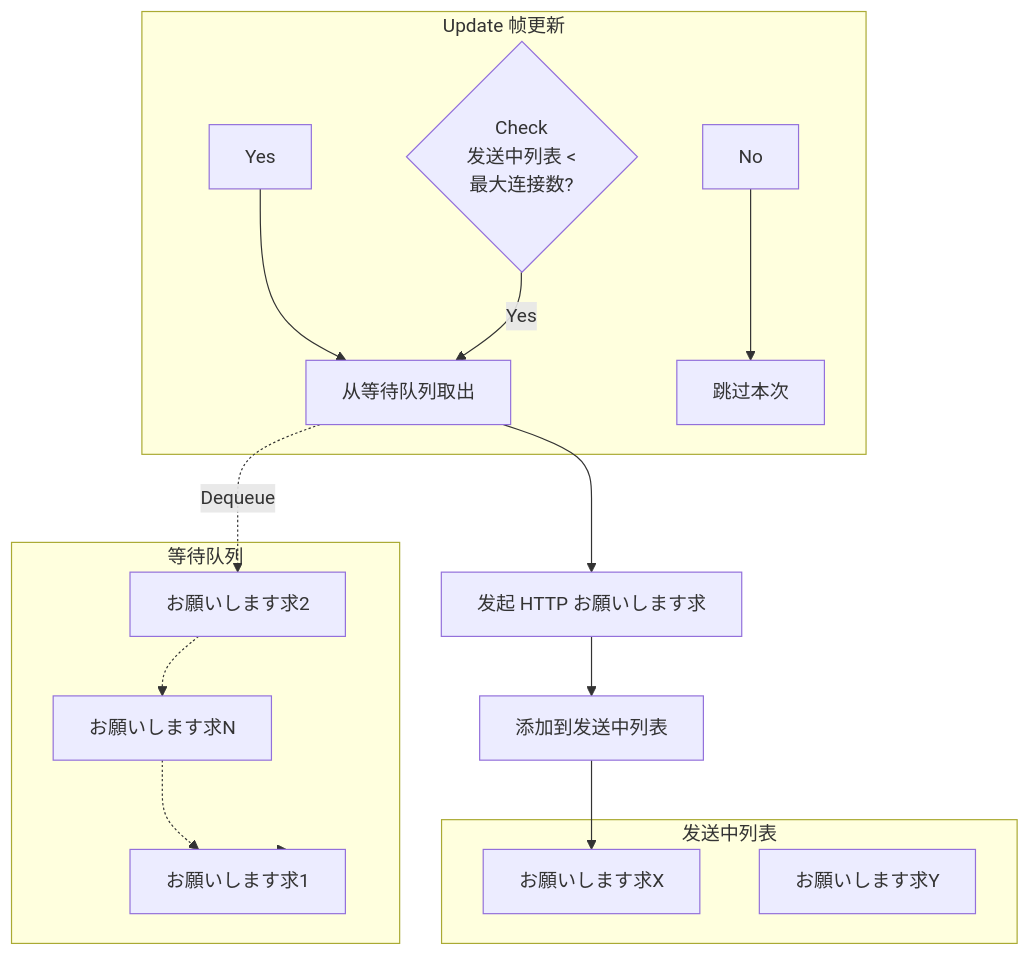
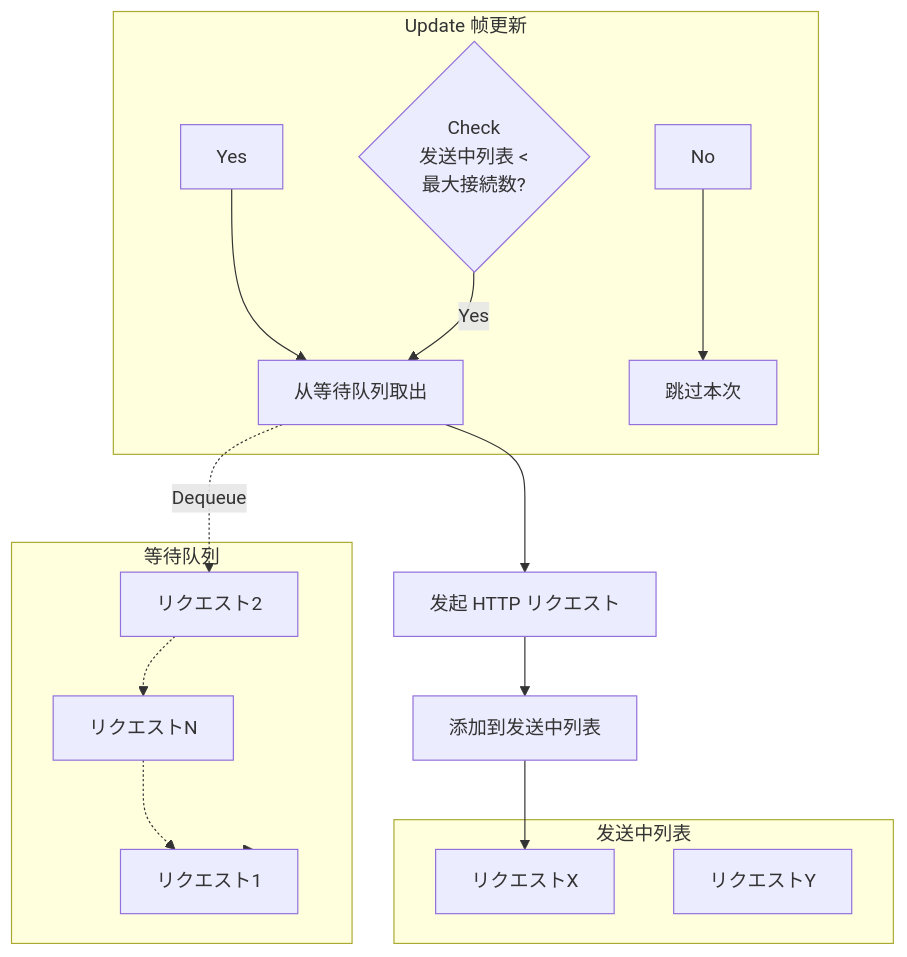
One commit to AlianBlank/GameFrameX.Docs changed the fifth of 5 diagrams in docs/ja/client/unity/component/web-protobuff/06.architecture.md. Above: the diagram before and after it, drawn with Mermaid. The commit also changed other lines of this file and 320 other files, not shown here.

````diff
--- a/docs/ja/client/unity/component/web-protobuff/06.architecture.md
+++ b/docs/ja/client/unity/component/web-protobuff/06.architecture.md
@@ -186,29 +186,29 @@
 ```mermaid
 flowchart TD
     subgraph Update["Update 帧更新"]
-        Check{Check<br/>发送中列表 &lt;<br/>最大连接数?}
+        Check{Check<br/>发送中列表 &lt;<br/>最大接続数?}
         Yes --> Dequeue["从等待队列取出"]
         No --> Skip["跳过本次"]
     end
     
     subgraph Waiting["等待队列"]
-        Q1[お願いします求1]
-        Q2[お願いします求2]
-        Q3[お願いします求N]
+        Q1[リクエスト1]
+        Q2[リクエスト2]
+        Q3[リクエストN]
     end
     
     subgraph Sending["发送中列表"]
-        S1[お願いします求X]
-        S2[お願いします求Y]
+        S1[リクエストX]
+        S2[リクエストY]
     end
     
     Check -->|Yes| Dequeue
-    Dequeue --> Send["发起 HTTP お願いします求"]
+    Dequeue --> Send["发起 HTTP リクエスト"]
     Send --> AddSending["添加到发送中列表"]
     AddSending --> S1
     
     Dequeue -.->|Dequeue| Q2
     Q2 -.-> Q3
     Q3 -.-> Q1
     Q1 -.-> Waiting
 ```
````
